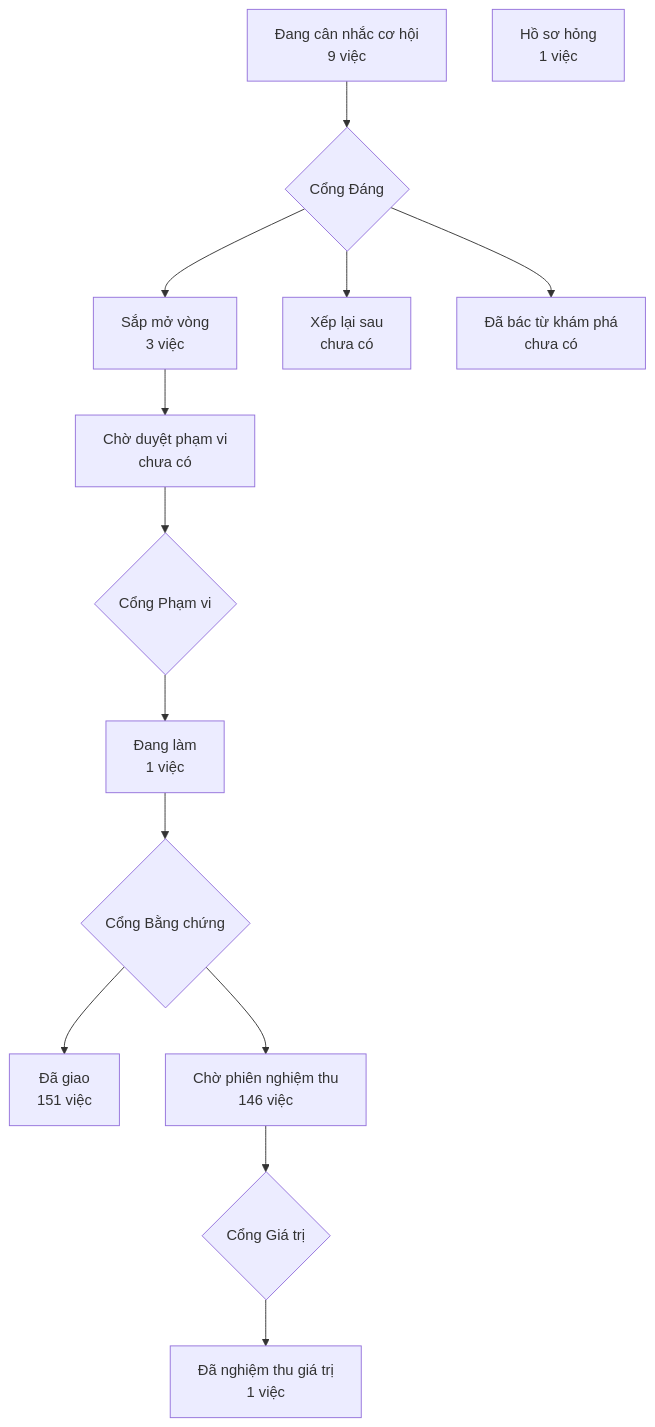
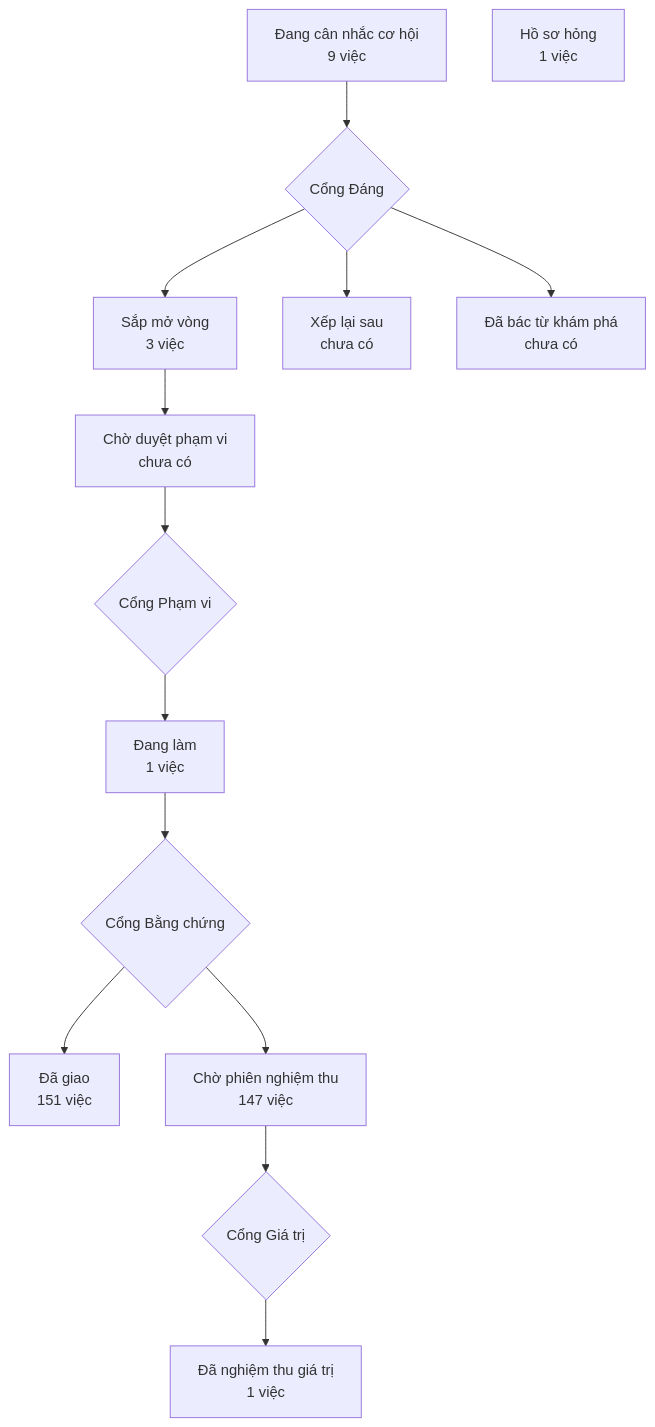
Before and after one commit to phanlemanh/crm-onehub: the diagram in PRODUCT-MAP.md, drawn with Mermaid. The commit also changed 1 other file, not shown here.

Commit message:
chore(thanh-ben-khu-dung-chung): vẽ lại bản đồ sau ghim lại

````diff
--- a/PRODUCT-MAP.md
+++ b/PRODUCT-MAP.md
@@ -7,13 +7,13 @@
 ```mermaid
 flowchart TD
   A["Đang cân nhắc cơ hội<br/>9 việc"] --> GD{"Cổng Đáng"}
   GD --> B["Sắp mở vòng<br/>3 việc"]
   GD --> XL["Xếp lại sau<br/>chưa có"]
   GD --> DB["Đã bác từ khám phá<br/>chưa có"]
   B --> CD["Chờ duyệt phạm vi<br/>chưa có"] --> GP{"Cổng Phạm vi"}
   GP --> DL["Đang làm<br/>1 việc"] --> GB{"Cổng Bằng chứng"}
   GB --> DG["Đã giao<br/>151 việc"]
-  GB --> CN["Chờ phiên nghiệm thu<br/>146 việc"] --> GG{"Cổng Giá trị"}
+  GB --> CN["Chờ phiên nghiệm thu<br/>147 việc"] --> GG{"Cổng Giá trị"}
   GG --> NT["Đã nghiệm thu giá trị<br/>1 việc"]
   HS["Hồ sơ hỏng<br/>1 việc"]
 ```
````
